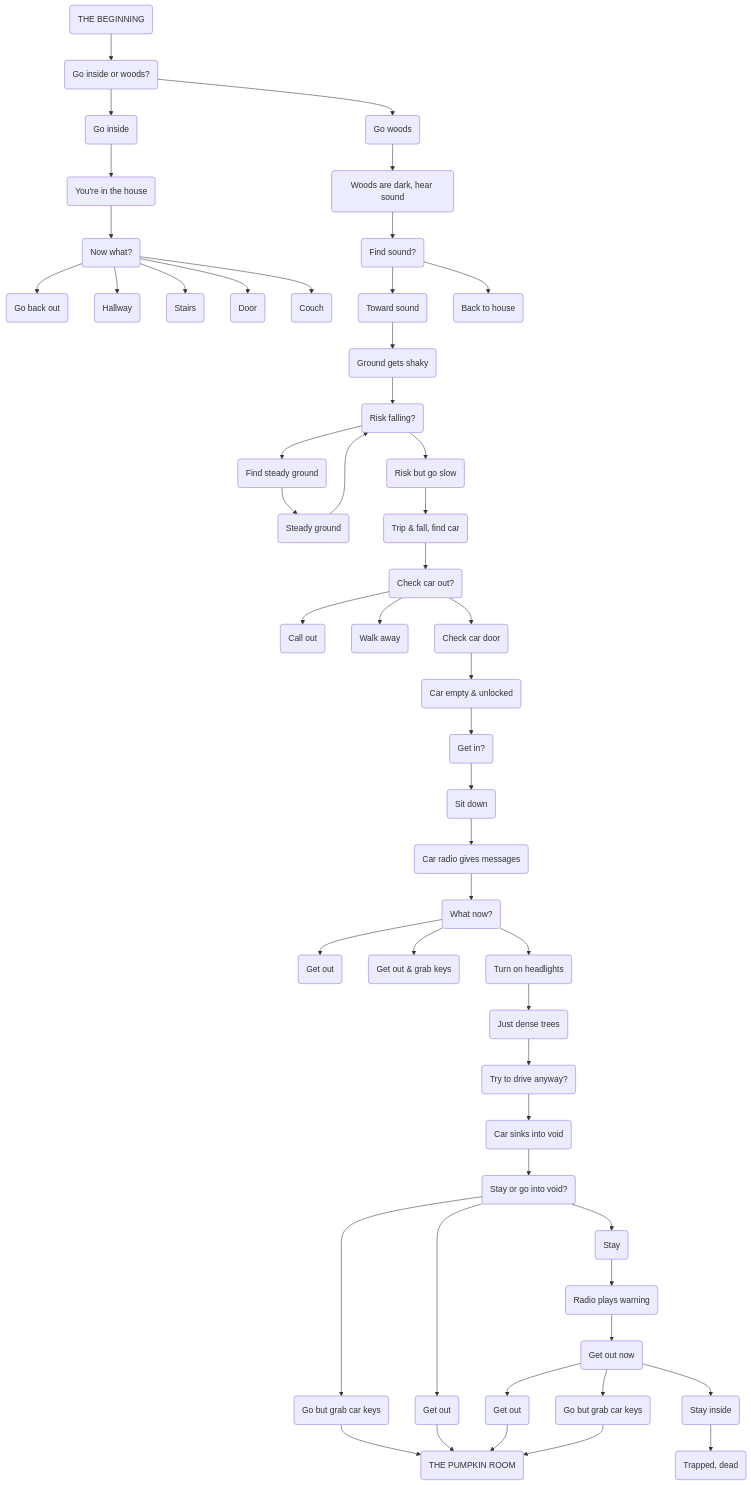
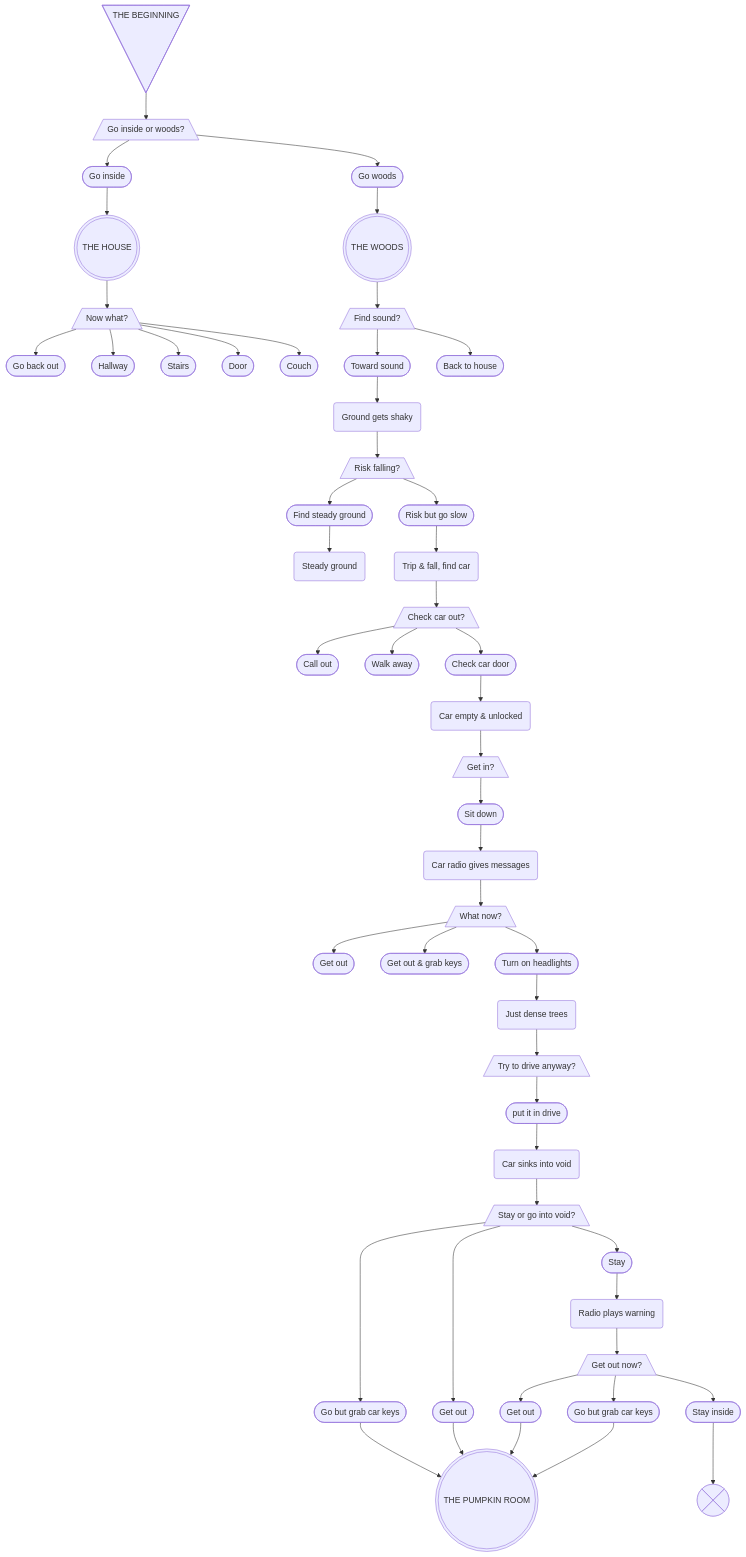
One commit to jsspen/the-pumpkin-room changed the diagram in thepumpkinroom-be/flow.mmd. Above: the diagram before and after it, drawn with Mermaid. The commit also changed other lines of this file, not shown here.

Commit message:
updates to mermaid flow diagram

```diff
--- a/thepumpkinroom-be/flow.mmd
+++ b/thepumpkinroom-be/flow.mmd
@@ -1,77 +1,88 @@
  flowchart TD
 
     S1-->   Q1-->   C1-->   S2-->   Q2-->   C3
                                     Q2-->   C4
                                     Q2-->   C5
                                     Q2-->   C6
                                     Q2-->   C7
             Q1-->   C2-->   S3-->   Q3-->   C8-->   S4
                                     Q3-->   C9
     S4-->   Q4-->   C11-->  S6
-    S6-->   Q4-->   C10-->  S5
+            Q4-->   C10-->  S5
+    S5
     S5-->   Q5-->   C13
             Q5-->   C14
             Q5-->   C12-->  S7
     S7-->   Q6-->   C15-->  S8 
     S8-->   Q7-->   C17
             Q7-->   C18
             Q7-->   C16-->  S9
-    S9-->   Q8-->   S10
+    S9-->   Q8-->   C19-->  S10
     S10-->  Q9-->   C21-->  S13
             Q9-->   C23-->  S13
             Q9-->   C22-->  S11
     S11-->  Q10-->  C25-->  S13
             Q10-->  C26-->  S13
             Q10-->  C24-->  S12
     S13
 
-    S1(THE BEGINNING)
-        Q1(Go inside or woods?)
-            C1(Go inside)
-                S2(You're in the house)
-                    Q2(Now what?)
-                        C3(Go back out)
-                        C4(Hallway)
-                        C5(Stairs)
-                        C6(Door)
-                        C7(Couch)
-            C2(Go woods)
-                S3(Woods are dark, hear sound)
-                    Q3(Find sound?)
-                        C9(Back to house)
-                        C8(Toward sound)
+
+%% Rough Definitions
+    S1@{ shape: flip-tri, label: "THE BEGINNING" }
+        Q1@{ shape: trap-b, label: "Go inside or woods?"}
+            C1([Go inside])
+                S2@{ shape: dbl-circ, label: "THE HOUSE"}
+                    Q2@{ shape: trap-b, label: "Now what?"}
+                        C3([Go back out])
+                        C4([Hallway])
+                        C5([Stairs])
+                        C6([Door])
+                        C7([Couch])
+            C2([Go woods])
+                S3@{ shape: dbl-circ, label: "THE WOODS"}
+                    Q3@{ shape: trap-b, label: "Find sound?"}
+                        C9([Back to house])
+                        C8([Toward sound])
                             S4(Ground gets shaky)
-                                Q4(Risk falling?)
-                                    C11(Find steady ground)
+                                Q4@{ shape: trap-b, label: "Risk falling?"}
+                                    C11([Find steady ground])
                                         S6(Steady ground)
-                                    C10(Risk but go slow)
+                                    C10([Risk but go slow])
                                         S5(Trip & fall, find car)
-                                            Q5(Check car out?)
-                                                C13(Call out)
-                                                C14(Walk away)
-                                                C12(Check car door)
+                                            Q5@{ shape: trap-b, label: "Check car out?"}
+                                                C13([Call out])
+                                                C14([Walk away])
+                                                C12([Check car door])
                                                     S7(Car empty & unlocked)
-                                                        Q6(Get in?)
-                                                            C15(Sit down)
+                                                        Q6@{ shape: trap-b, label: "Get in?"}
+                                                            C15([Sit down])
                                                                 S8(Car radio gives messages)
-                                                                    Q7(What now?)
-                                                                        C17(Get out)
-                                                                        C18(Get out & grab keys)
-                                                                        C16(Turn on headlights)
+                                                                    Q7@{ shape: trap-b, label: "What now?"}
+                                                                        C17([Get out])
+                                                                        C18([Get out & grab keys])
+                                                                        C16([Turn on headlights])
                                                                             S9(Just dense trees)
-                                                                                Q8(Try to drive anyway?)
-                                                                                    S10(Car sinks into void)
-                                                                                        Q9(Stay or go into void?)
-                                                                                            C21(Go but grab car keys)
-                                                                                                S13(THE PUMPKIN ROOM)
-                                                                                            C23(Get out)
-                                                                                                S13(THE PUMPKIN ROOM)
-                                                                                            C22(Stay)
-                                                                                                S11(Radio plays warning)
-                                                                                                    Q10(Get out now)
-                                                                                                        C25(Get out)
-                                                                                                            S13(THE PUMPKIN ROOM)
-                                                                                                        C26(Go but grab car keys)
-                                                                                                            S13(THE PUMPKIN ROOM)
-                                                                                                        C24(Stay inside)
-                                                                                                            S12(Trapped, dead)
+                                                                                Q8@{ shape: trap-b, label: "Try to drive anyway?"}
+                                                                                    C19([put it in drive])
+                                                                                        S10(Car sinks into void)
+                                                                                            Q9@{ shape: trap-b, label: "Stay or go into void?"}
+                                                                                                C21([Go but grab car keys])
+                                                                                                    S13@{ shape: dbl-circ, label: "THE PUMPKIN ROOM" }
+                                                                                                C23([Get out])
+                                                                                                    S13
+                                                                                                C22([Stay])
+                                                                                                    S11(Radio plays warning)
+                                                                                                        Q10@{ shape: trap-b, label: "Get out now?"}
+                                                                                                            C25([Get out])
+                                                                                                                S13
+                                                                                                            C26([Go but grab car keys])
+                                                                                                                S13
+                                                                                                            C24([Stay inside])
+                                                                                                                S12@{ shape: cross-circ }
+
+%% DESIGN KEY
+%% QUESTION Q_@{ shape: trap-b, label: "_"}
+%% CHOICE C_([_])
+%% STORYPART S_()
+%% STORYPART - MAJOR LOCATION S_@{ shape: dbl-circ, label: "_"}
+%% STORYPART - DEAD END S_@{ shape: cross-circ }
```
